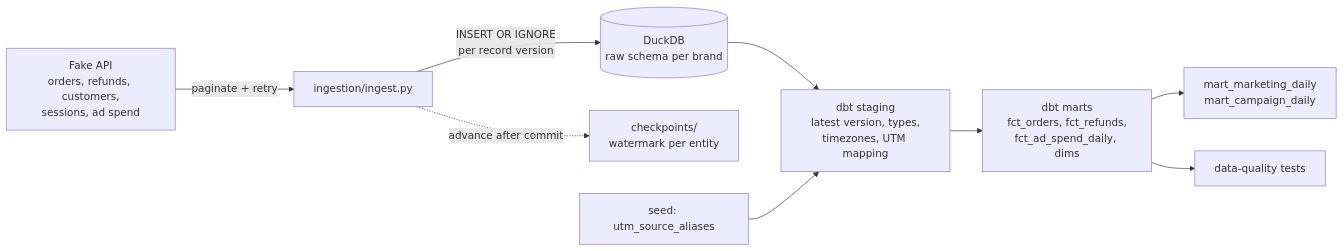
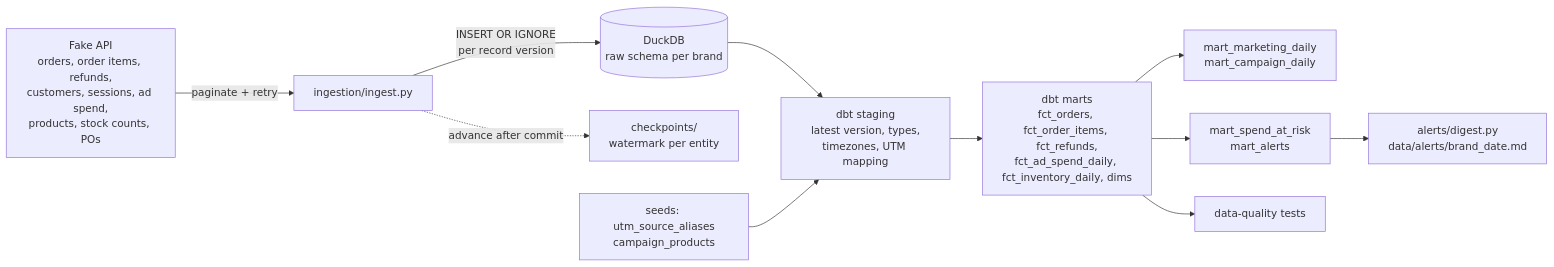
Before and after one commit to LazySneha/marketing-data-reliability-pipeline: the diagram in README.md, drawn with Mermaid. The commit also changed other lines of this file, not shown here.

Commit message:
Document the inventory-aware spend and alerting layer

````diff
--- a/README.md
+++ b/README.md
@@ -18,11 +20,13 @@
 ```mermaid
 flowchart LR
-    A[Fake API<br/>orders, refunds, customers,<br/>sessions, ad spend] -->|paginate + retry| B[ingestion/ingest.py]
+    A[Fake API<br/>orders, order items, refunds,<br/>customers, sessions, ad spend,<br/>products, stock counts, POs] -->|paginate + retry| B[ingestion/ingest.py]
     B -->|INSERT OR IGNORE<br/>per record version| C[(DuckDB<br/>raw schema per brand)]
     B -. advance after commit .-> K[checkpoints/<br/>watermark per entity]
     C --> D[dbt staging<br/>latest version, types,<br/>timezones, UTM mapping]
-    S[seed: utm_source_aliases] --> D
-    D --> E[dbt marts<br/>fct_orders, fct_refunds,<br/>fct_ad_spend_daily, dims]
+    S[seeds: utm_source_aliases<br/>campaign_products] --> D
+    D --> E[dbt marts<br/>fct_orders, fct_order_items, fct_refunds,<br/>fct_ad_spend_daily, fct_inventory_daily, dims]
     E --> F[mart_marketing_daily<br/>mart_campaign_daily]
+    E --> G[mart_spend_at_risk<br/>mart_alerts]
+    G --> H[alerts/digest.py<br/>data/alerts/brand_date.md]
     E --> T[data-quality tests]
 ```
````
